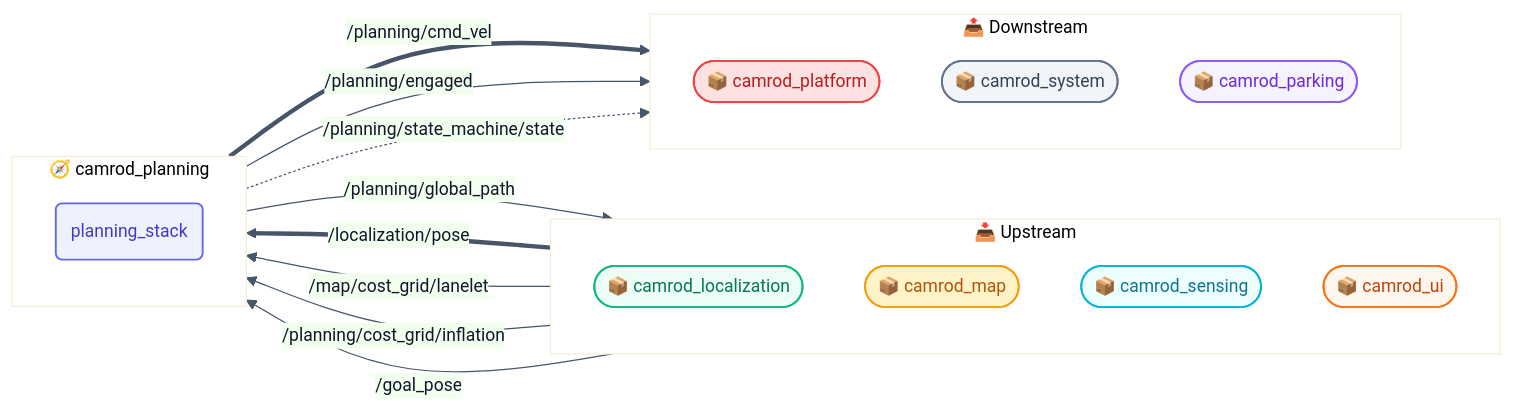
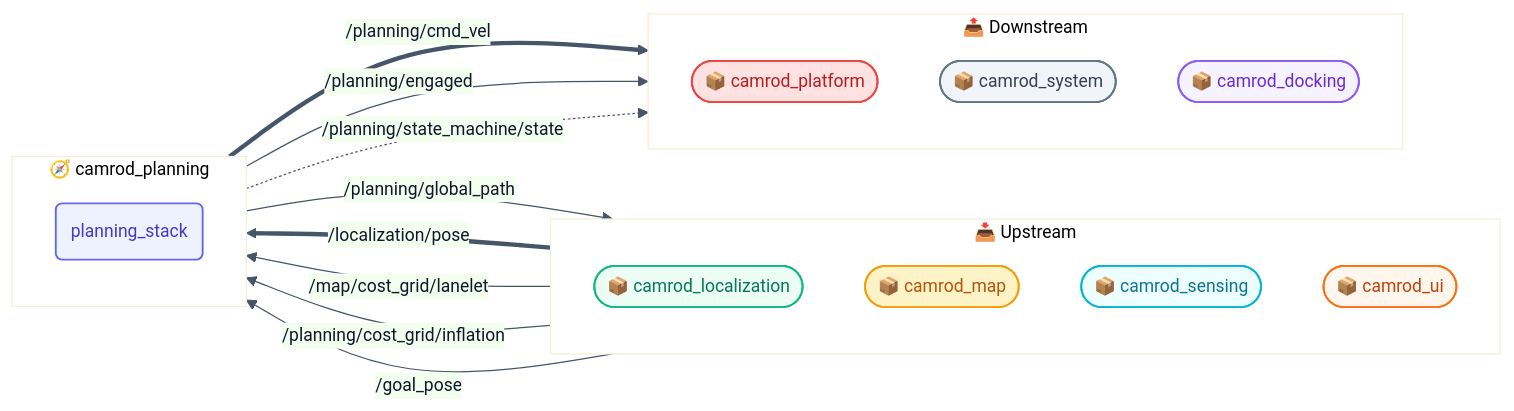
Before and after one commit to hwanhonglee/CAMROD: the first of 4 diagrams in camrod_planning/README.md, drawn with Mermaid. The commit also changed other lines of this file and 12 other files, not shown here.

First line of the commit message:
docs(HH_260528): rename camrod_parking → camrod_docking across all READMEs

````diff
--- a/camrod_planning/README.md
+++ b/camrod_planning/README.md
@@ -42,53 +42,53 @@
 ```mermaid
 %%{init: {'theme': 'base', 'themeVariables': {'fontFamily': 'ui-sans-serif, system-ui, sans-serif', 'fontSize': '14px', 'primaryColor': '#EEF2FF', 'primaryTextColor': '#0F172A', 'primaryBorderColor': '#6366F1', 'lineColor': '#475569'}, 'flowchart': {'curve': 'basis', 'htmlLabels': true, 'padding': 12}}}%%
 graph LR
   classDef sensing      fill:#ECFEFF,stroke:#06B6D4,stroke-width:1.5px,color:#0E7490;
   classDef localization fill:#ECFDF5,stroke:#10B981,stroke-width:1.5px,color:#047857;
   classDef mapping      fill:#FEF3C7,stroke:#F59E0B,stroke-width:1.5px,color:#B45309;
   classDef perception   fill:#FCE7F3,stroke:#EC4899,stroke-width:1.5px,color:#9D174D;
   classDef planning     fill:#EEF2FF,stroke:#6366F1,stroke-width:1.5px,color:#4338CA;
   classDef platform     fill:#FEE2E2,stroke:#EF4444,stroke-width:1.5px,color:#B91C1C;
-  classDef parking      fill:#F5F3FF,stroke:#8B5CF6,stroke-width:1.5px,color:#6D28D9;
+  classDef docking      fill:#F5F3FF,stroke:#8B5CF6,stroke-width:1.5px,color:#6D28D9;
   classDef system       fill:#F1F5F9,stroke:#64748B,stroke-width:1.5px,color:#334155;
   classDef ui           fill:#FFF7ED,stroke:#F97316,stroke-width:1.5px,color:#C2410C;
   classDef topic        fill:#F8FAFC,stroke:#94A3B8,stroke-width:1px,color:#475569,font-style:italic;
 
   subgraph UP ["📥 Upstream"]
     direction TB
     LOC([📦 camrod_localization])
     MAP([📦 camrod_map])
     SENS([📦 camrod_sensing])
     UI([📦 camrod_ui])
   end
 
   subgraph PLAN_PKG ["🧭 camrod_planning"]
     direction TB
     PLAN(planning_stack)
   end
 
   subgraph DOWN ["📤 Downstream"]
     direction TB
     PLAT([📦 camrod_platform])
     SYS([📦 camrod_system])
-    PARK([📦 camrod_parking])
+    PARK([📦 camrod_docking])
   end
 
   LOC ==>|/localization/pose| PLAN
   MAP -->|/map/cost_grid/lanelet| PLAN
   SENS -->|/planning/cost_grid/inflation| PLAN
   UI -->|/goal_pose| PLAN
 
   PLAN ==>|/planning/cmd_vel| PLAT
   PLAN -->|/planning/engaged| SYS
   PLAN -->|/planning/global_path| MAP
   PLAN -.->|/planning/state_machine/state| PARK
 
   class LOC localization
   class MAP mapping
   class SENS sensing
   class UI ui
   class PLAN planning
   class PLAT platform
   class SYS system
-  class PARK parking
+  class PARK docking
 ```
````
